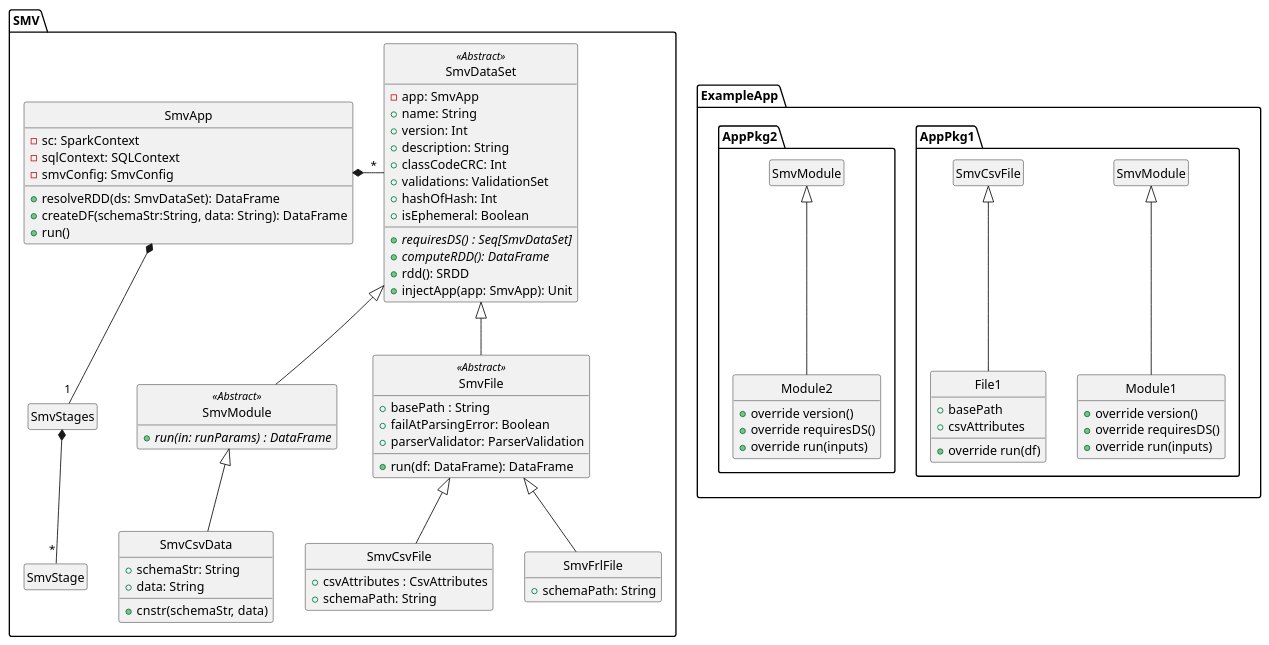
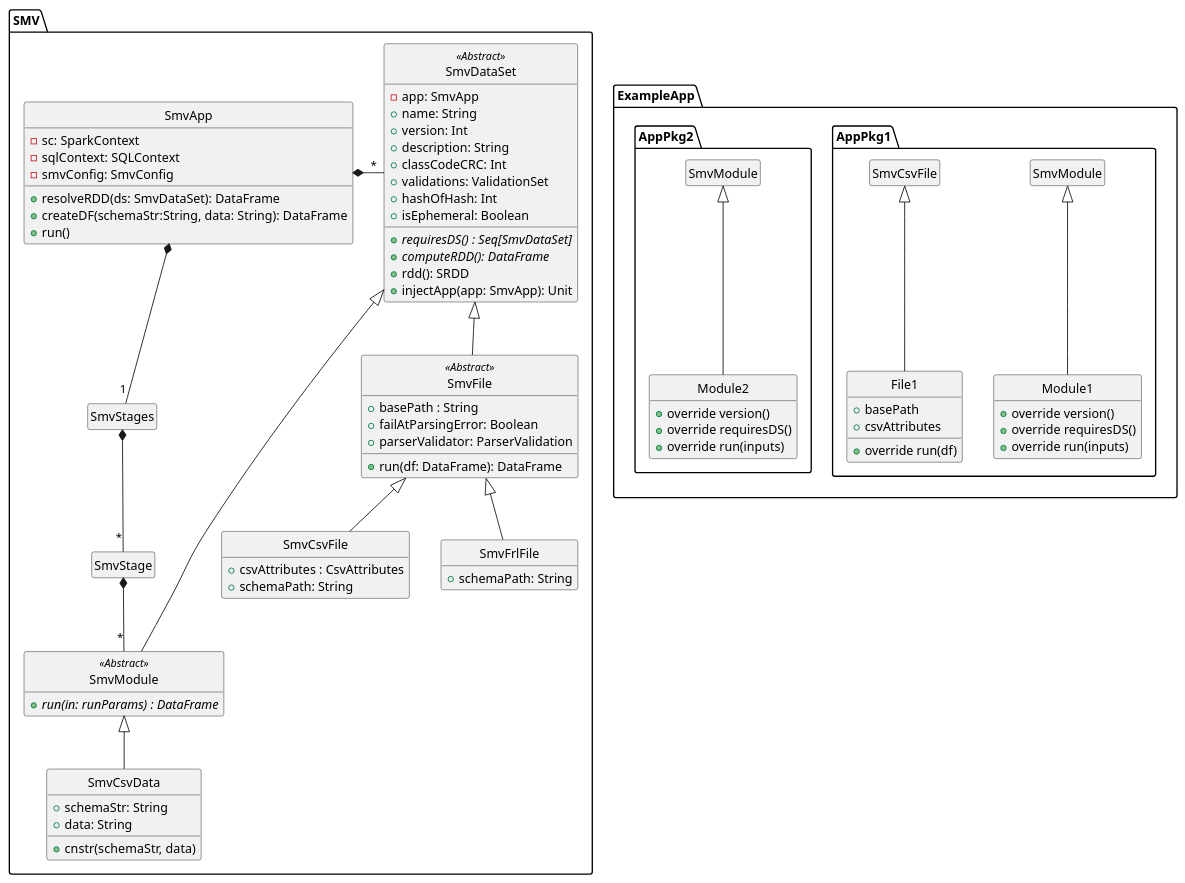
Before and after one commit to TresAmigosSD/SMV: the diagram in docs/design/app_class.puml, drawn with PlantUML. The commit also changed 5 other files, not shown here.

Commit message:
#201: SmvStage consists of a single package now.

```diff
--- a/docs/design/app_class.puml
+++ b/docs/design/app_class.puml
@@ -1,85 +1,86 @@
 @startuml
 
 hide empty methods
 hide empty fields
 hide circle
 
 package SMV {
   class SmvDataSet <<Abstract>>{
     -app: SmvApp
     +{abstract} requiresDS() : Seq[SmvDataSet]
     +{abstract} computeRDD(): DataFrame
     +rdd(): SRDD
     +name: String
     +version: Int
     +description: String
     +classCodeCRC: Int
     +validations: ValidationSet
     +hashOfHash: Int
     +isEphemeral: Boolean
     +injectApp(app: SmvApp): Unit
   }
 
   class SmvFile <<Abstract>> extends SmvDataSet {
     +basePath : String
     +failAtParsingError: Boolean
     +parserValidator: ParserValidation
     +run(df: DataFrame): DataFrame
   }
 
   class SmvCsvFile extends SmvFile {
     +csvAttributes : CsvAttributes
     +schemaPath: String
   }
 
   class SmvFrlFile extends SmvFile {
     +schemaPath: String
   }
 
   class SmvModule <<Abstract>> extends SmvDataSet {
     +{abstract} run(in: runParams) : DataFrame
   }
 
   class SmvCsvData extends SmvModule {
     +schemaStr: String
     +data: String
     +cnstr(schemaStr, data)
   }
 
   class SmvApp {
     -sc: SparkContext
     -sqlContext: SQLContext
     -smvConfig: SmvConfig
     +resolveRDD(ds: SmvDataSet): DataFrame
     +createDF(schemaStr:String, data: String): DataFrame
     +run()
   }
 
   SmvApp *-R- "*" SmvDataSet
 
   SmvApp *-- "1" SmvStages
   SmvStages *-- "*" SmvStage
+  SmvStage *-- "*" SmvModule
 }
 
 package ExampleApp {
   package AppPkg1 {
       class Module1 extends SmvModule {
         +override version()
         +override requiresDS()
         +override run(inputs)
       }
       class File1 extends SmvCsvFile {
         +basePath
         +csvAttributes
         +override run(df)
       }
   }
   package AppPkg2 {
       class Module2 extends SmvModule {
         +override version()
         +override requiresDS()
         +override run(inputs)
       }
   }
 }
 @enduml
```
